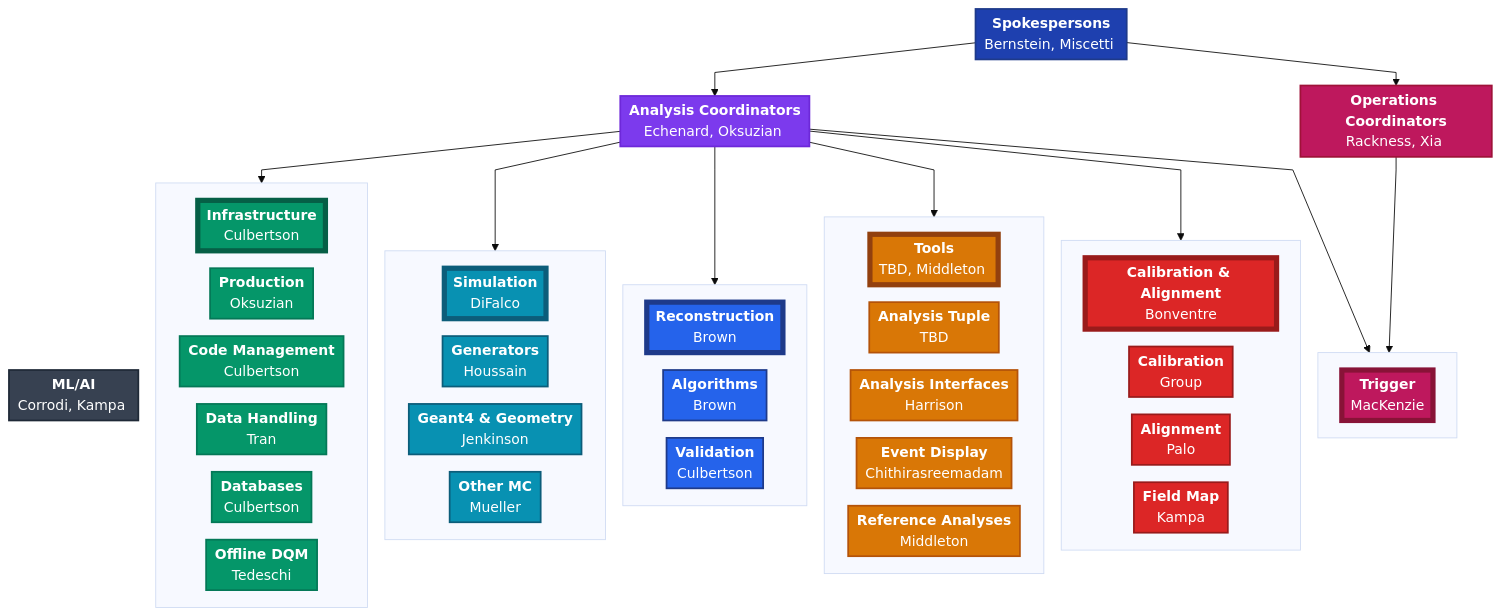
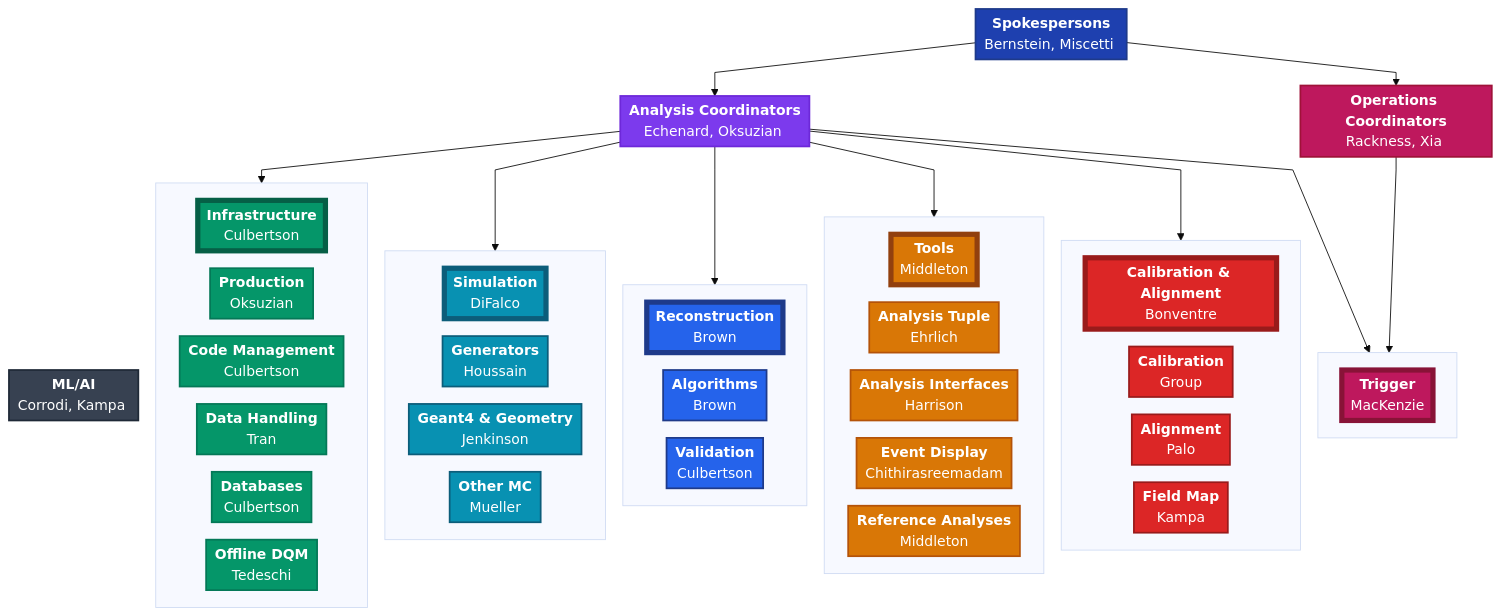
Before and after one commit to Mu2e/prodtools: the diagram in docs/Mu2e_Analysis_Computing_Organization_2025-12_diagram.mmd, drawn with Mermaid.

Commit message:
Add Ehrlich to Analysis Tuple, remove TBD from Tools

```diff
--- a/docs/Mu2e_Analysis_Computing_Organization_2025-12_diagram.mmd
+++ b/docs/Mu2e_Analysis_Computing_Organization_2025-12_diagram.mmd
@@ -1,90 +1,90 @@
 %%{init: { 'theme': 'base', 'flowchart': { 'htmlLabels': true, 'nodeSpacing': 20, 'rankSpacing': 30, 'padding': 5, 'useMaxWidth': false, 'curve': 'linear' }, 'securityLevel': 'loose' } }%%
 graph TD
     SPK[<b>Spokespersons</b><br/>Bernstein, Miscetti&nbsp;]
     
     SPK --> AC[<b>Analysis Coordinators</b><br/>Echenard, Oksuzian&nbsp;]
     
     AC --> INFGROUP
     AC --> SIMGROUP
     AC --> RECOGROUP
     AC --> TOOLSGROUP
     AC --> CALGROUP
     AC --> TRIGGROUP
     SPK --> OC[<b>Operations Coordinators</b><br/>Rackness, Xia&nbsp;]
     OC --> TRIGGROUP
     AC -.-> ML[<b>ML/AI</b><br/>Corrodi, Kampa&nbsp;]
     
     subgraph INFGROUP[" "]
         INF[<b>Infrastructure</b><br/>Culbertson]
         PROD[<b>Production</b><br/>Oksuzian]
         CODE[<b>Code Management</b><br/>Culbertson]
         DATA[<b>Data Handling</b><br/>Tran]
         DB[<b>Databases</b><br/>Culbertson]
         DQM[<b>Offline DQM</b><br/>Tedeschi]
     end
     
     subgraph SIMGROUP[" "]
         SIM[<b>Simulation</b><br/>DiFalco]
         GEN[<b>Generators</b><br/>Houssain]
         G4GEOM[<b>Geant4 & Geometry</b><br/>Jenkinson]
         NONG4[<b>Other MC</b><br/>Mueller]
     end
     
     subgraph RECOGROUP[" "]
         RECO[<b>Reconstruction</b><br/>Brown]
         ALG[<b>Algorithms</b><br/>Brown]
         VAL[<b>Validation</b><br/>Culbertson]
     end
     
     subgraph TOOLSGROUP[" "]
-        TOOLS[<b>Tools</b><br/>TBD, Middleton&nbsp;]
-        NTUP[<b>Analysis Tuple</b><br/>TBD]
+        TOOLS[<b>Tools</b><br/>Middleton]
+        NTUP[<b>Analysis Tuple</b><br/>Ehrlich]
         IFACE[<b>Analysis Interfaces</b><br/>Harrison]
         EVD[<b>Event Display</b><br/>Chithirasreemadam]
         REF[<b>Reference Analyses</b><br/>Middleton]
     end
     
     subgraph CALGROUP[" "]
         CAL[<b>Calibration & Alignment</b><br/>Bonventre]
         CALIB[<b>Calibration</b><br/>Group]
         ALIGN[<b>Alignment</b><br/>Palo]
         FMAP[<b>Field Map</b><br/>Kampa]
     end
     
     subgraph TRIGGROUP[" "]
         TRIG[<b>Trigger</b><br/>MacKenzie]
     end
     linkStyle 9 stroke:none,stroke-width:0
     
     classDef spokespersons fill:#1E40AF,stroke:#1E3A8A,stroke-width:2px,color:#fff
     classDef analysis fill:#7C3AED,stroke:#6D28D9,stroke-width:2px,color:#fff
     classDef operations fill:#BE185D,stroke:#9F1239,stroke-width:2px,color:#fff
     classDef tools fill:#D97706,stroke:#B45309,stroke-width:2px,color:#fff
     classDef infrastructure fill:#059669,stroke:#047857,stroke-width:2px,color:#fff
     classDef infrastructureLeader fill:#059669,stroke:#065F46,stroke-width:6px,color:#fff
     classDef simulation fill:#0891B2,stroke:#0C5D7A,stroke-width:2px,color:#fff
     classDef simulationLeader fill:#0891B2,stroke:#0C5D7A,stroke-width:6px,color:#fff
     classDef reconstruction fill:#2563EB,stroke:#1E3A8A,stroke-width:2px,color:#fff
     classDef reconstructionLeader fill:#2563EB,stroke:#1E3A8A,stroke-width:6px,color:#fff
     classDef calibration fill:#DC2626,stroke:#991B1B,stroke-width:2px,color:#fff
     classDef calibrationLeader fill:#DC2626,stroke:#991B1B,stroke-width:6px,color:#fff
     classDef toolsLeader fill:#D97706,stroke:#92400E,stroke-width:6px,color:#fff
     classDef operationsLeader fill:#BE185D,stroke:#881337,stroke-width:6px,color:#fff
     classDef triggerLeader fill:#BE185D,stroke:#881337,stroke-width:6px,color:#fff
     classDef mlai fill:#374151,stroke:#1F2937,stroke-width:2px,color:#fff
     
     class SPK spokespersons
     class AC analysis
     class OC operations
     class ML mlai
     class TRIG triggerLeader
     class TOOLS toolsLeader
     class NTUP,IFACE,EVD,REF tools
     class INF infrastructureLeader
     class PROD,CODE,DATA,DB,DQM infrastructure
     class SIM simulationLeader
     class GEN,G4GEOM,NONG4 simulation
     class RECO reconstructionLeader
     class ALG,VAL reconstruction
     class CAL calibrationLeader
     class CALIB,ALIGN,FMAP calibration
```
